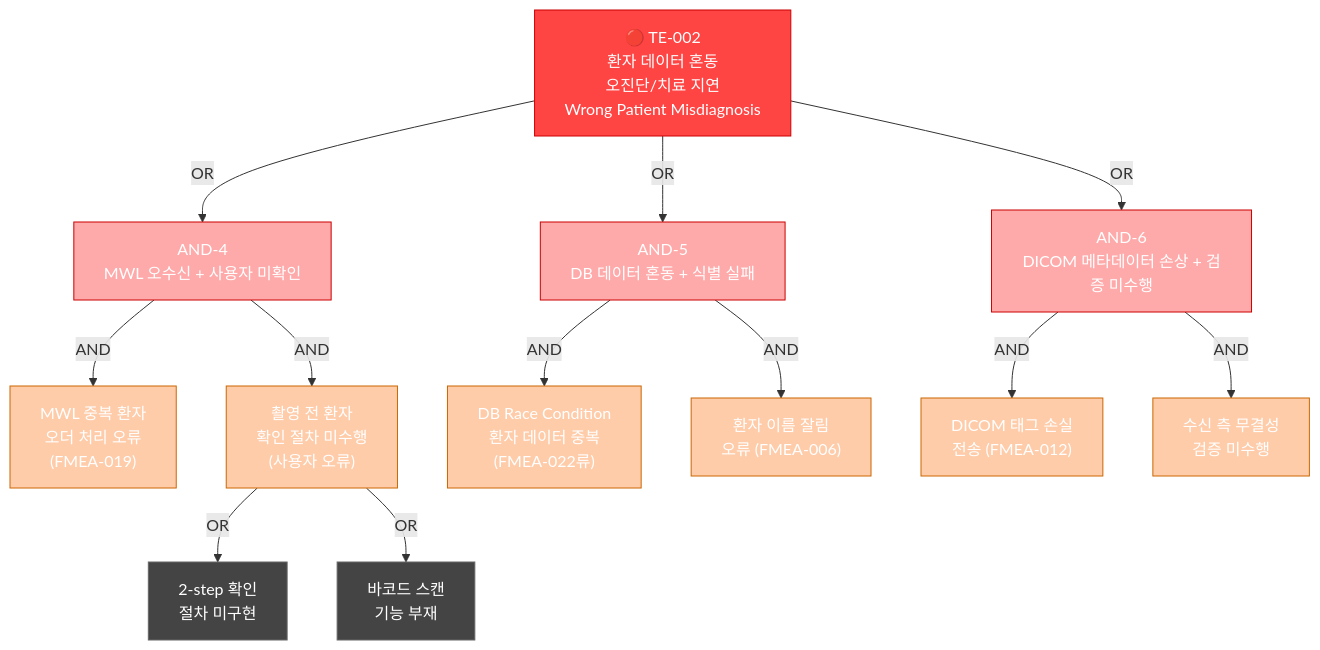
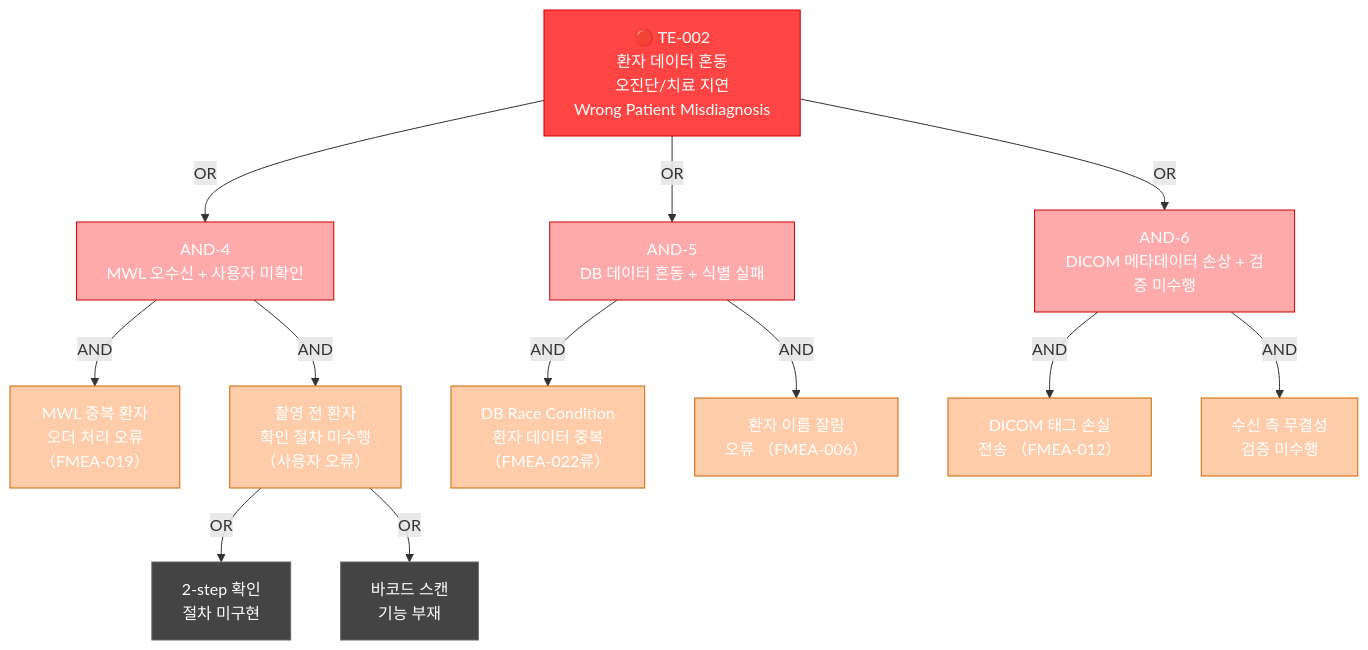
Before and after one commit to holee9/console-gui: the tenth of 11 diagrams in docs/risk/DOC-008_Risk_Management_Plan_v1.0.md, drawn with Mermaid. The commit also changed other lines of this file and 22 other files, not shown here.

First line of the commit message:
fix: Mermaid flowchart 노드 내 괄호 파싱 오류 전면 수정

````diff
--- a/docs/risk/DOC-008_Risk_Management_Plan_v1.0.md
+++ b/docs/risk/DOC-008_Risk_Management_Plan_v1.0.md
@@ -801,36 +801,36 @@
 ```mermaid
 graph TD
     TE2["🔴 TE-002\n환자 데이터 혼동\n오진단/치료 지연\nWrong Patient Misdiagnosis"]
 
     TE2 -->|OR| G1
     TE2 -->|OR| G2
     TE2 -->|OR| G3
 
     G1["AND-4\nMWL 오수신 + 사용자 미확인"]
     G2["AND-5\nDB 데이터 혼동 + 식별 실패"]
     G3["AND-6\nDICOM 메타데이터 손상 + 검증 미수행"]
 
-    G1 -->|AND| H1["MWL 중복 환자\n오더 처리 오류\n(FMEA-019)"]
-    G1 -->|AND| H2["촬영 전 환자\n확인 절차 미수행\n(사용자 오류)"]
+    G1 -->|AND| H1["MWL 중복 환자\n오더 처리 오류\n（FMEA-019）"]
+    G1 -->|AND| H2["촬영 전 환자\n확인 절차 미수행\n（사용자 오류）"]
 
-    G2 -->|AND| I1["DB Race Condition\n환자 데이터 중복\n(FMEA-022류)"]
-    G2 -->|AND| I2["환자 이름 잘림\n오류 (FMEA-006)"]
+    G2 -->|AND| I1["DB Race Condition\n환자 데이터 중복\n（FMEA-022류）"]
+    G2 -->|AND| I2["환자 이름 잘림\n오류 （FMEA-006）"]
 
-    G3 -->|AND| J1["DICOM 태그 손실\n전송 (FMEA-012)"]
+    G3 -->|AND| J1["DICOM 태그 손실\n전송 （FMEA-012）"]
     G3 -->|AND| J2["수신 측 무결성\n검증 미수행"]
 
     H2 -->|OR| K1["2-step 확인\n절차 미구현"]
     H2 -->|OR| K2["바코드 스캔\n기능 부재"]
 
     classDef default fill:#444,stroke:#666,color:#fff
     style TE2 fill:#ff4444,color:#ffffff,stroke:#cc0000
     style G1 fill:#ffaaaa,stroke:#cc0000
     style G2 fill:#ffaaaa,stroke:#cc0000
     style G3 fill:#ffaaaa,stroke:#cc0000
     style H1 fill:#ffccaa,stroke:#cc6600
     style H2 fill:#ffccaa,stroke:#cc6600
     style I1 fill:#ffccaa,stroke:#cc6600
     style I2 fill:#ffccaa,stroke:#cc6600
     style J1 fill:#ffccaa,stroke:#cc6600
     style J2 fill:#ffccaa,stroke:#cc6600
 ```
````
